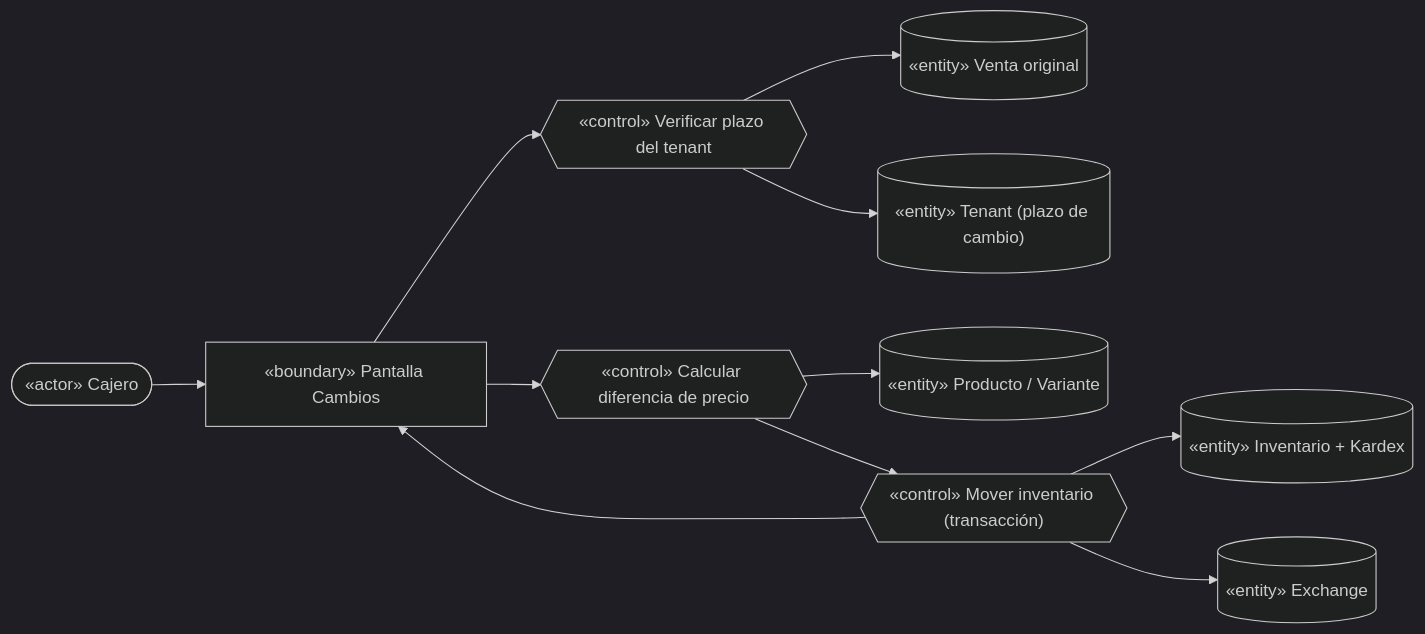
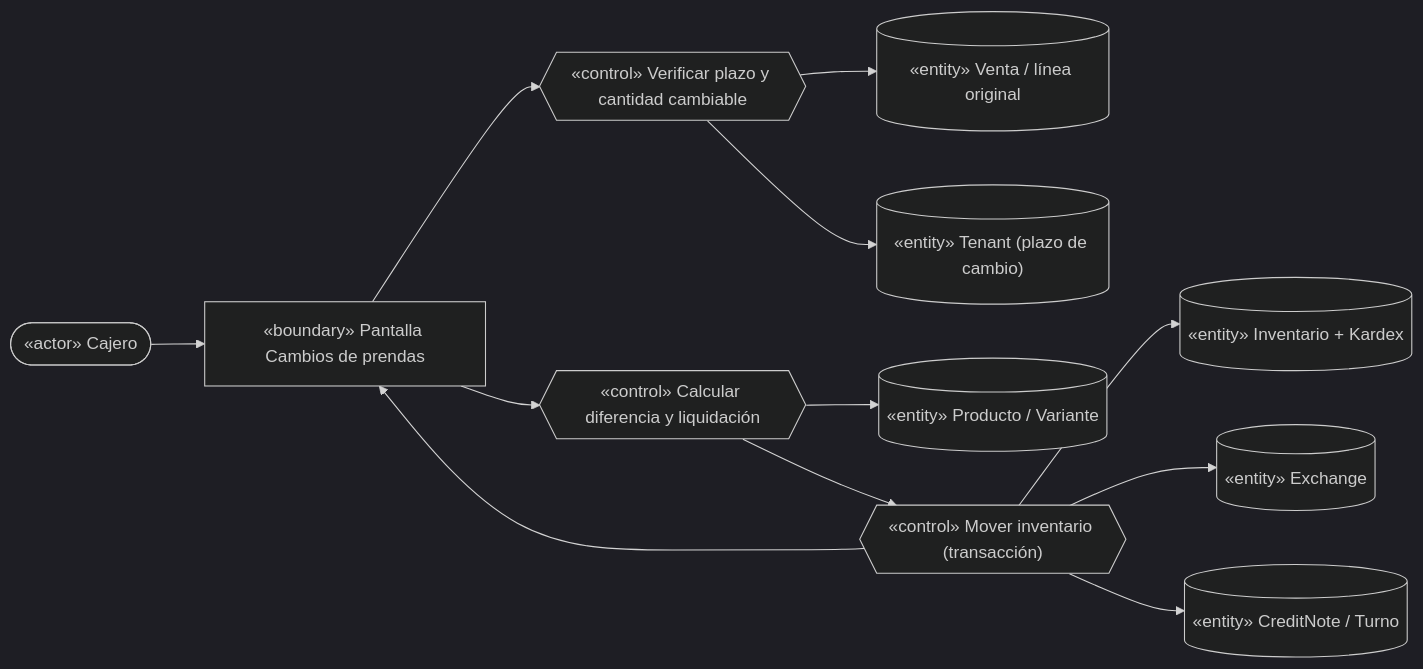
One commit to BrayanG123/parcial_actualizado changed the eighth of 26 diagrams in docs/ICONIX_Parcial2.md. Above: the diagram before and after it, drawn with Mermaid (dark theme). The commit also changed other lines of this file and 1 other file, not shown here.

````diff
--- a/docs/ICONIX_Parcial2.md
+++ b/docs/ICONIX_Parcial2.md
@@ -384,13 +436,14 @@
 ```mermaid
 flowchart LR
-  A(["«actor» Cajero"]) --> B1["«boundary» Pantalla Cambios"]
-  B1 --> C1{{"«control» Verificar plazo del tenant"}}
-  C1 --> E1[("«entity» Venta original")]
+  A(["«actor» Cajero"]) --> B1["«boundary» Pantalla Cambios de prendas"]
+  B1 --> C1{{"«control» Verificar plazo y cantidad cambiable"}}
+  C1 --> E1[("«entity» Venta / línea original")]
   C1 --> E2[("«entity» Tenant (plazo de cambio)")]
-  B1 --> C2{{"«control» Calcular diferencia de precio"}}
+  B1 --> C2{{"«control» Calcular diferencia y liquidación"}}
   C2 --> E3[("«entity» Producto / Variante")]
   C2 --> C3{{"«control» Mover inventario (transacción)"}}
   C3 --> E4[("«entity» Inventario + Kardex")]
   C3 --> E5[("«entity» Exchange")]
+  C3 --> E6[("«entity» CreditNote / Turno")]
   C3 --> B1
 ```
````
